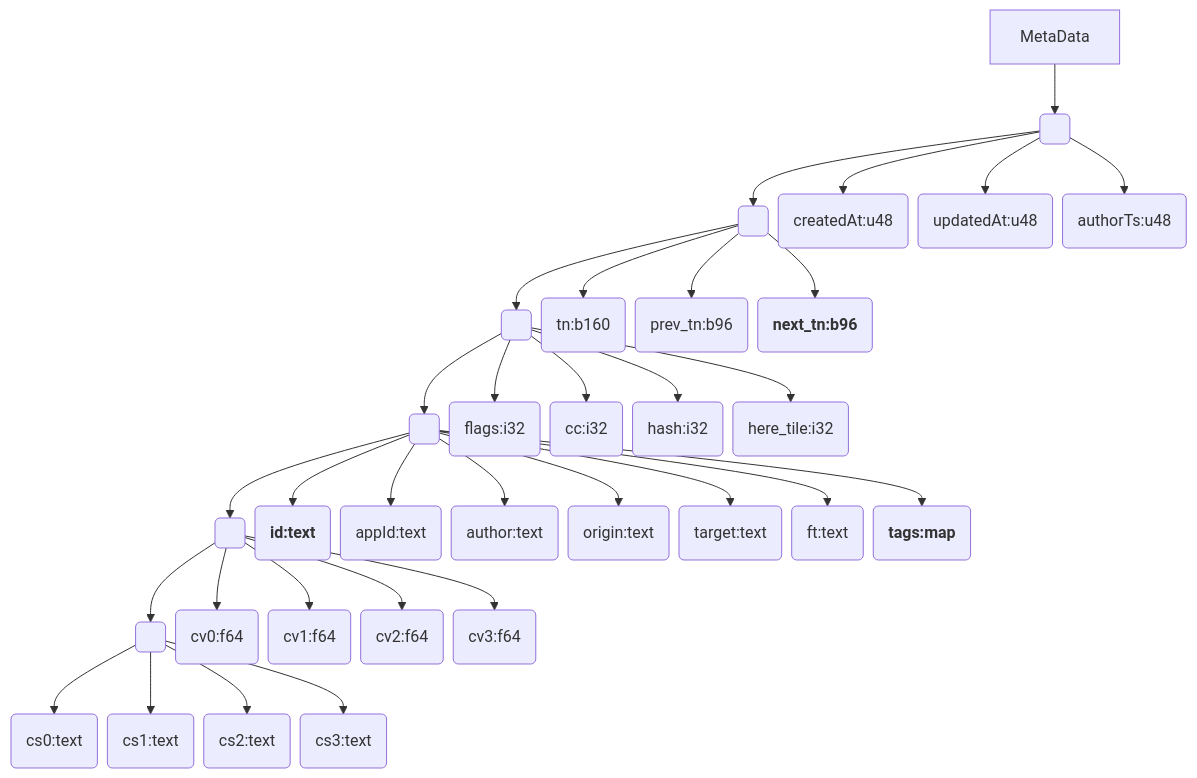
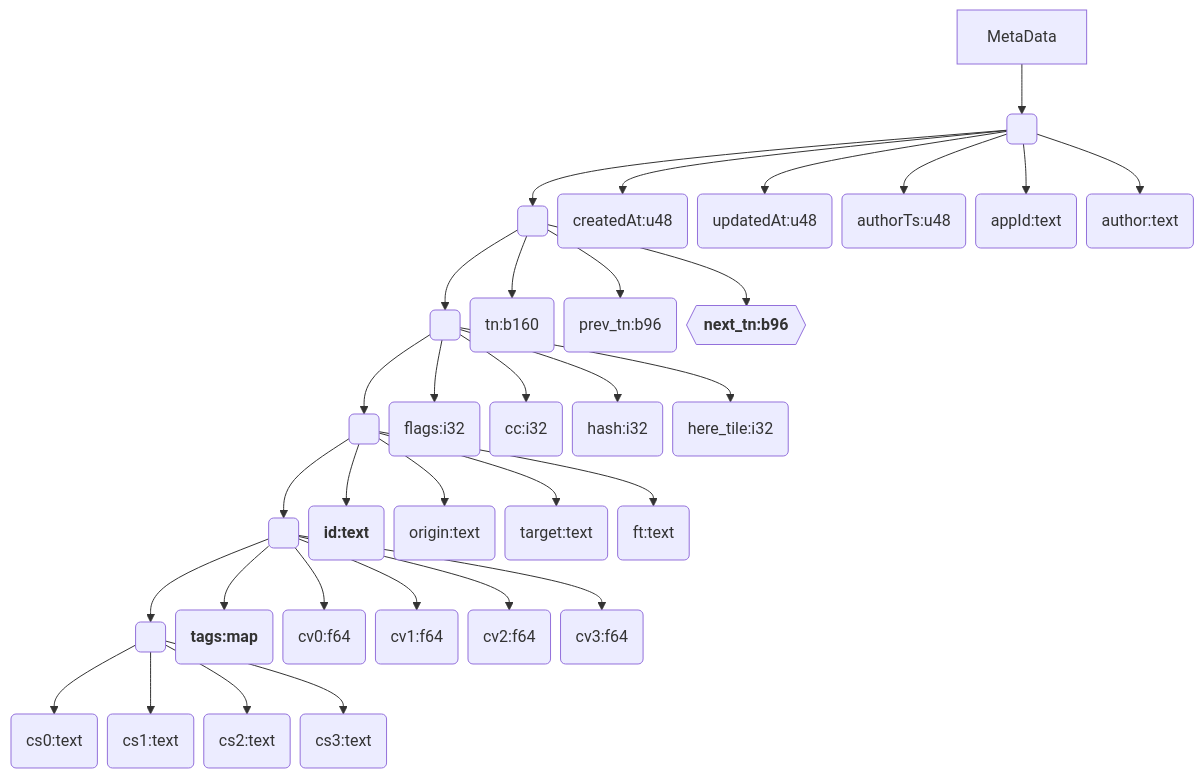
Before and after one commit to heremaps/naksha: the eighth of 12 diagrams in docs/slides/SAL.md, drawn with Mermaid. The commit also changed other lines of this file and 41 other files, not shown here.

````diff
--- a/docs/slides/SAL.md
+++ b/docs/slides/SAL.md
@@ -285,67 +286,67 @@
 ```mermaid
 %%{ init: { "flowchart": { "nodeSpacing": 10, "rankSpacing": 50 } } }%%
 graph TB
   Meta[MetaData]
   R1( )
   R2( )
   R3( )
   R4( )
   R5( )
   R6( )
   cat(createdAt:u48)
   uat(updatedAt:u48)
   ats(authorTs:u48)
   tn(tn:b160)
   prev(prev_tn:b96)
-  next(<b>next_tn:b96</b>)
+  next{{<b>next_tn:b96</b>}}
   flags(flags:i32)
   cc(cc:i32)
   hash(hash:i32)
   tile(here_tile:i32)
   id(<b>id:text</b>)
   appId(appId:text)
   author(author:text)
   origin(origin:text)
   target(target:text)
   ft(ft:text)
   tags(<b>tags:map</b>)
   cv0(cv0:f64)
   cv1(cv1:f64)
   cv2(cv2:f64)
   cv3(cv3:f64)
   cs0(cs0:text)
   cs1(cs1:text)
   cs2(cs2:text)
   cs3(cs3:text)
   Meta-->R1
   R1-->cat
   R1-->uat
   R1-->ats
+  R1-->appId
+  R1-->author
   R1-->R2
   R2-->tn
   R2-->next
   R2-->prev
   R2-->R3
   R3-->flags
   R3-->cc
   R3-->hash
   R3-->tile
   R3-->R4
   R4-->id
-  R4-->appId
-  R4-->author
   R4-->origin
   R4-->target
   R4-->ft
-  R4-->tags
   R4-->R5
+  R5-->tags
   R5-->cv0
   R5-->cv1
   R5-->cv2
   R5-->cv3
   R5-->R6
   R6-->cs0
   R6-->cs1
   R6-->cs2
   R6-->cs3
 ```
````
